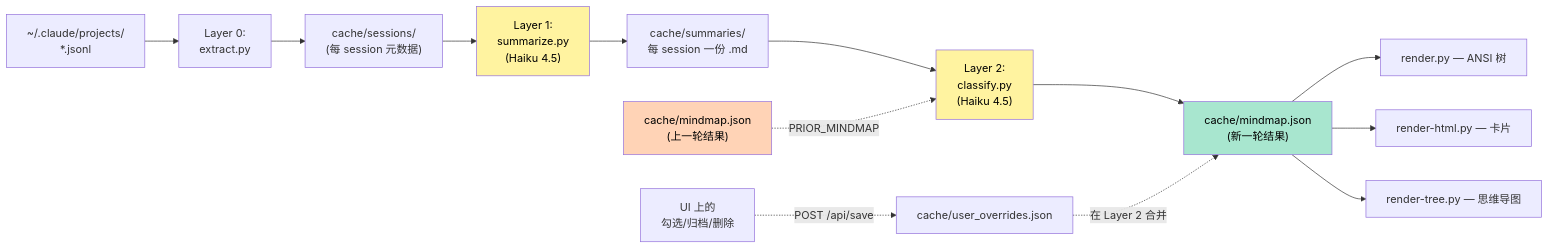
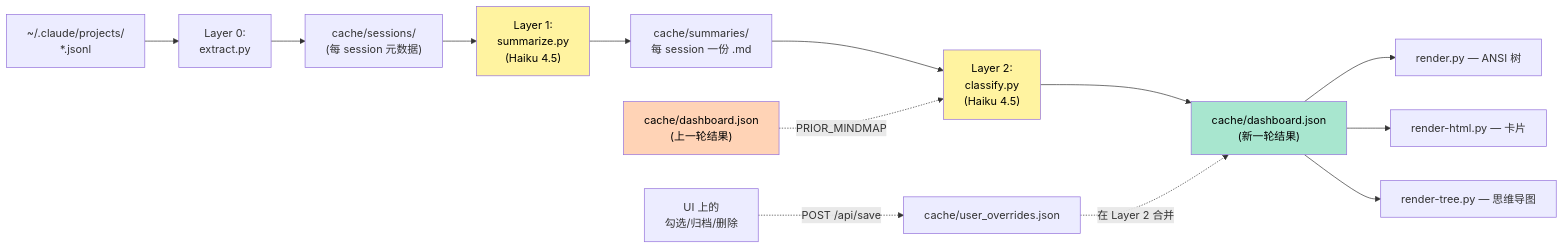
Before and after one commit to Icesource/claude-stray: the first of 8 diagrams in docs/zh-CN/ARCHITECTURE.md, drawn with Mermaid. The commit also changed other lines of this file and 24 other files, not shown here.

First line of the commit message:
docs: 全仓文档去陈旧——mindmap-- → stray--、mindmap.json/.html → dashboard.*,ARCHITECTURE/TROUBLESHOOTING 更新

````diff
--- a/docs/zh-CN/ARCHITECTURE.md
+++ b/docs/zh-CN/ARCHITECTURE.md
@@ -25,20 +29,20 @@
 ```mermaid
 flowchart LR
     A["~/.claude/projects/<br/>*.jsonl"] --> L0["Layer 0:<br/>extract.py"]
     L0 --> S["cache/sessions/<br/>(每 session 元数据)"]
     S --> L1["Layer 1:<br/>summarize.py<br/>(Haiku 4.5)"]
     L1 --> SM["cache/summaries/<br/>每 session 一份 .md"]
     SM --> L2["Layer 2:<br/>classify.py<br/>(Haiku 4.5)"]
-    P["cache/mindmap.json<br/>(上一轮结果)"] -.->|PRIOR_MINDMAP| L2
-    L2 --> M["cache/mindmap.json<br/>(新一轮结果)"]
+    P["cache/dashboard.json<br/>(上一轮结果)"] -.->|PRIOR_MINDMAP| L2
+    L2 --> M["cache/dashboard.json<br/>(新一轮结果)"]
     M --> R1["render.py — ANSI 树"]
     M --> R2["render-html.py — 卡片"]
     M --> R3["render-tree.py — 思维导图"]
     U["UI 上的<br/>勾选/归档/删除"] -.->|"POST /api/save"| OV["cache/user_overrides.json"]
     OV -.->|"在 Layer 2 合并"| M
 
     style L1 fill:#fff3a0,color:#000
     style L2 fill:#fff3a0,color:#000
     style M fill:#a8e6cf,color:#000
     style P fill:#ffd3b6,color:#000
 ```
````
